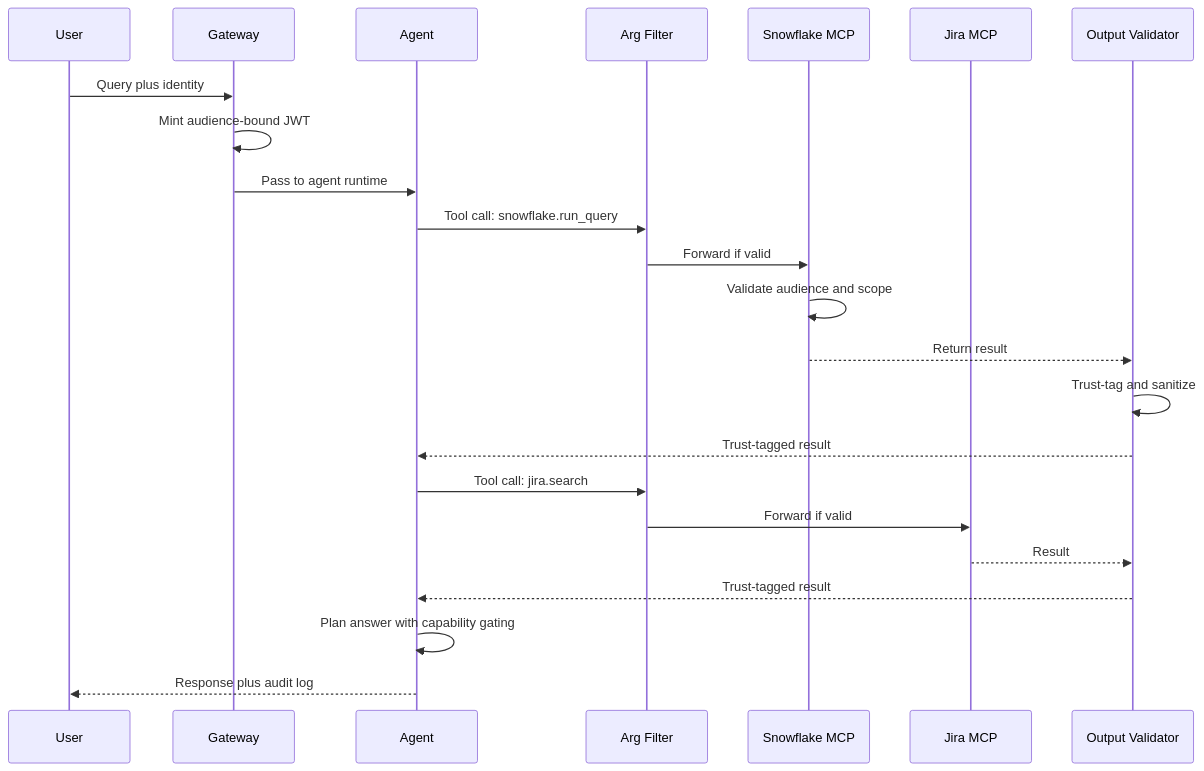
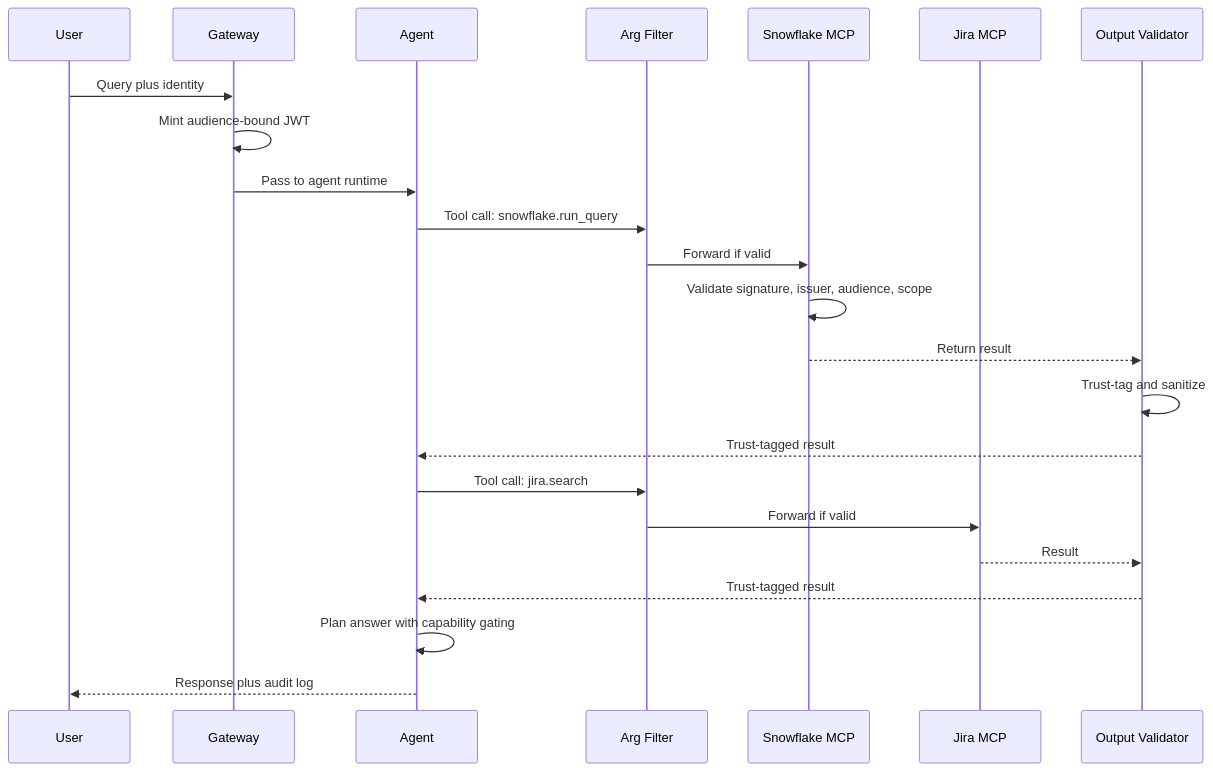
Before and after one commit to ChiHoc/ai-system-design-guide-zh: the second of 2 diagrams in 16-case-studies/20-mcp-knowledge-agent.md, drawn with Mermaid. The commit also changed other lines of this file and 149 other files, not shown here.

````diff
--- a/16-case-studies/20-mcp-knowledge-agent.md
+++ b/16-case-studies/20-mcp-knowledge-agent.md
@@ -122,26 +130,26 @@
 ```mermaid
 sequenceDiagram
     participant U as User
     participant G as Gateway
     participant A as Agent
     participant AF as Arg Filter
     participant S as Snowflake MCP
     participant J as Jira MCP
     participant V as Output Validator
 
     U->>G: Query plus identity
     G->>G: Mint audience-bound JWT
     G->>A: Pass to agent runtime
     A->>AF: Tool call: snowflake.run_query
     AF->>S: Forward if valid
-    S->>S: Validate audience and scope
+    S->>S: Validate signature, issuer, audience, scope
     S-->>V: Return result
     V->>V: Trust-tag and sanitize
     V-->>A: Trust-tagged result
     A->>AF: Tool call: jira.search
     AF->>J: Forward if valid
     J-->>V: Result
     V-->>A: Trust-tagged result
     A->>A: Plan answer with capability gating
     A-->>U: Response plus audit log
 ```
````
